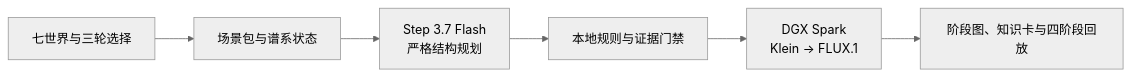
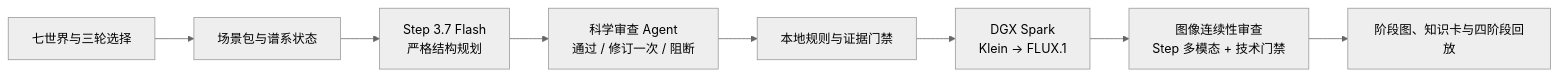
The diagram in README.md (boblank/DGXSparkSandEvo), drawn with Mermaid (neutral theme) before and after one commit. The commit also changed other lines of this file and 5 other files, not shown here.

````diff
--- a/README.md
+++ b/README.md
@@ -11,8 +11,10 @@
 ```mermaid
 flowchart LR
     U["七世界与三轮选择"] --> S["场景包与谱系状态"]
     S --> P["Step 3.7 Flash<br/>严格结构规划"]
-    P --> G["本地规则与证据门禁"]
+    P --> A["科学审查 Agent<br/>通过 / 修订一次 / 阻断"]
+    A --> G["本地规则与证据门禁"]
     G --> R["DGX Spark<br/>Klein → FLUX.1"]
-    R --> O["阶段图、知识卡与四阶段回放"]
+    R --> V["图像连续性审查<br/>Step 多模态 + 技术门禁"]
+    V --> O["阶段图、知识卡与四阶段回放"]
 ```
````
